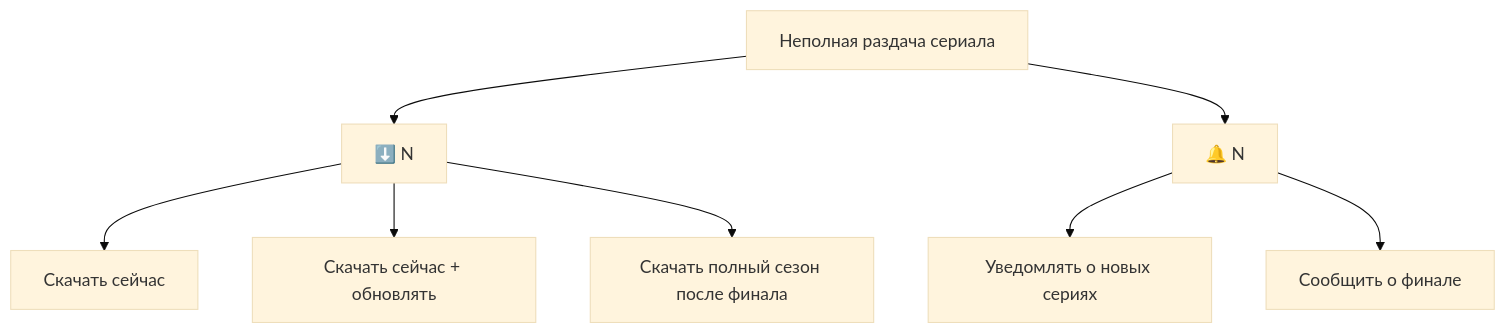
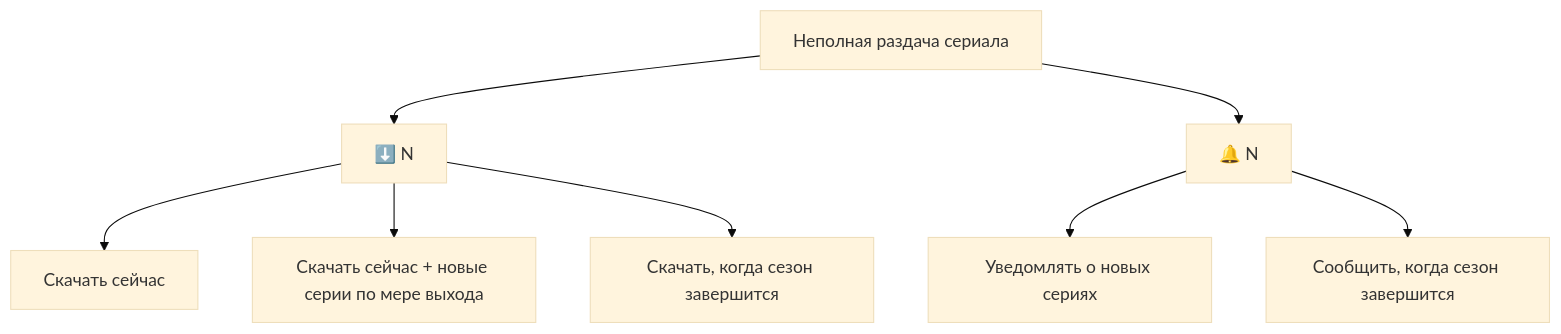
One commit to KiMorev/tg-torrent-bot changed the second of 3 diagrams in README.md. Above: the diagram before and after it, drawn with Mermaid (base theme). The commit also changed other lines of this file and 5 other files, not shown here.

````diff
--- a/README.md
+++ b/README.md
@@ -87,10 +87,10 @@
 ```mermaid
 flowchart TD
     result["Неполная раздача сериала"] --> download["⬇️ N"]
     result --> notify["🔔 N"]
     download --> now["Скачать сейчас"]
-    download --> now_updates["Скачать сейчас + обновлять"]
-    download --> wait_full["Скачать полный сезон после финала"]
+    download --> now_updates["Скачать сейчас + новые серии по мере выхода"]
+    download --> wait_full["Скачать, когда сезон завершится"]
     notify --> each["Уведомлять о новых сериях"]
-    notify --> final["Сообщить о финале"]
+    notify --> final["Сообщить, когда сезон завершится"]
 ```
````
